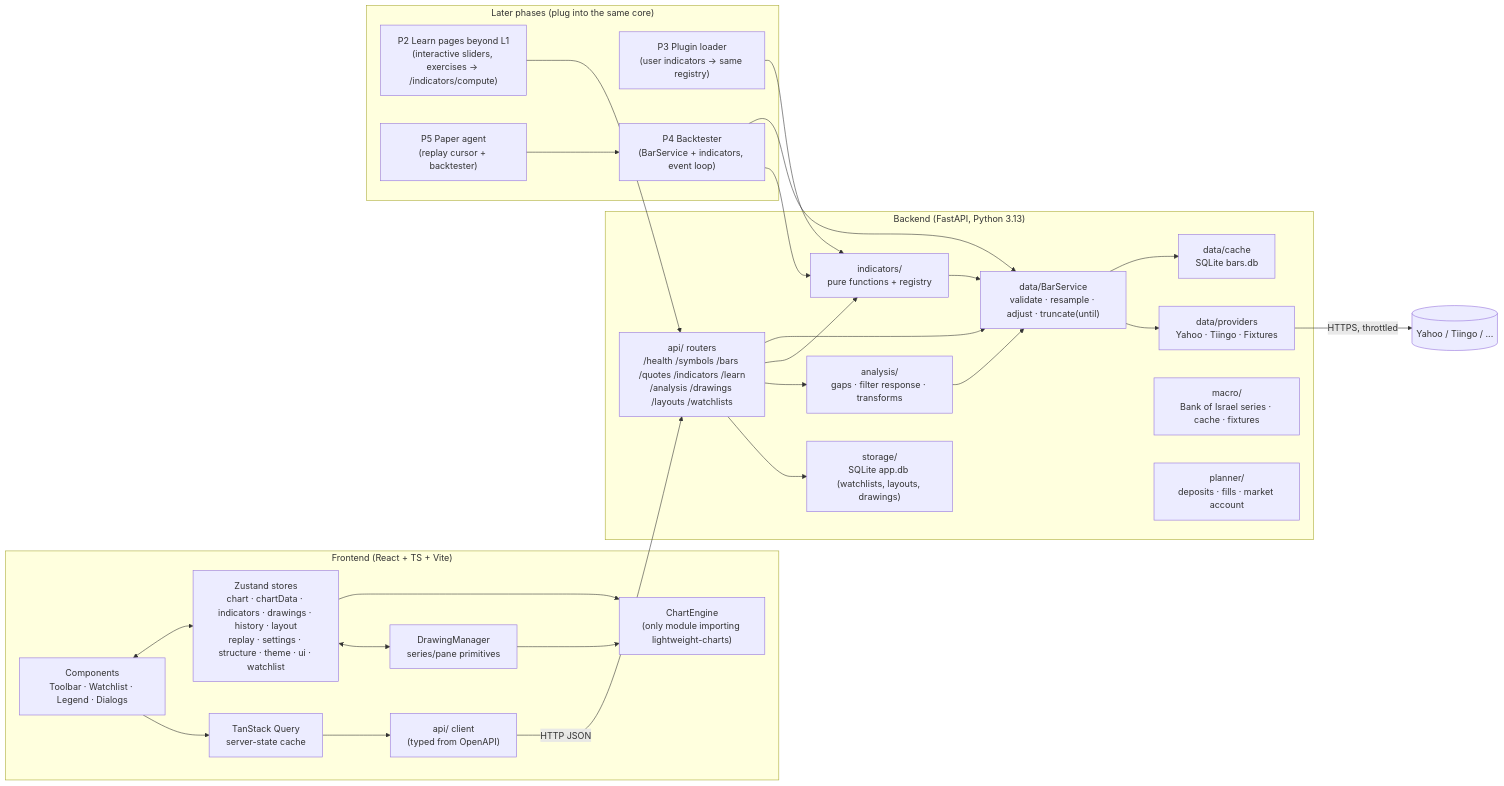
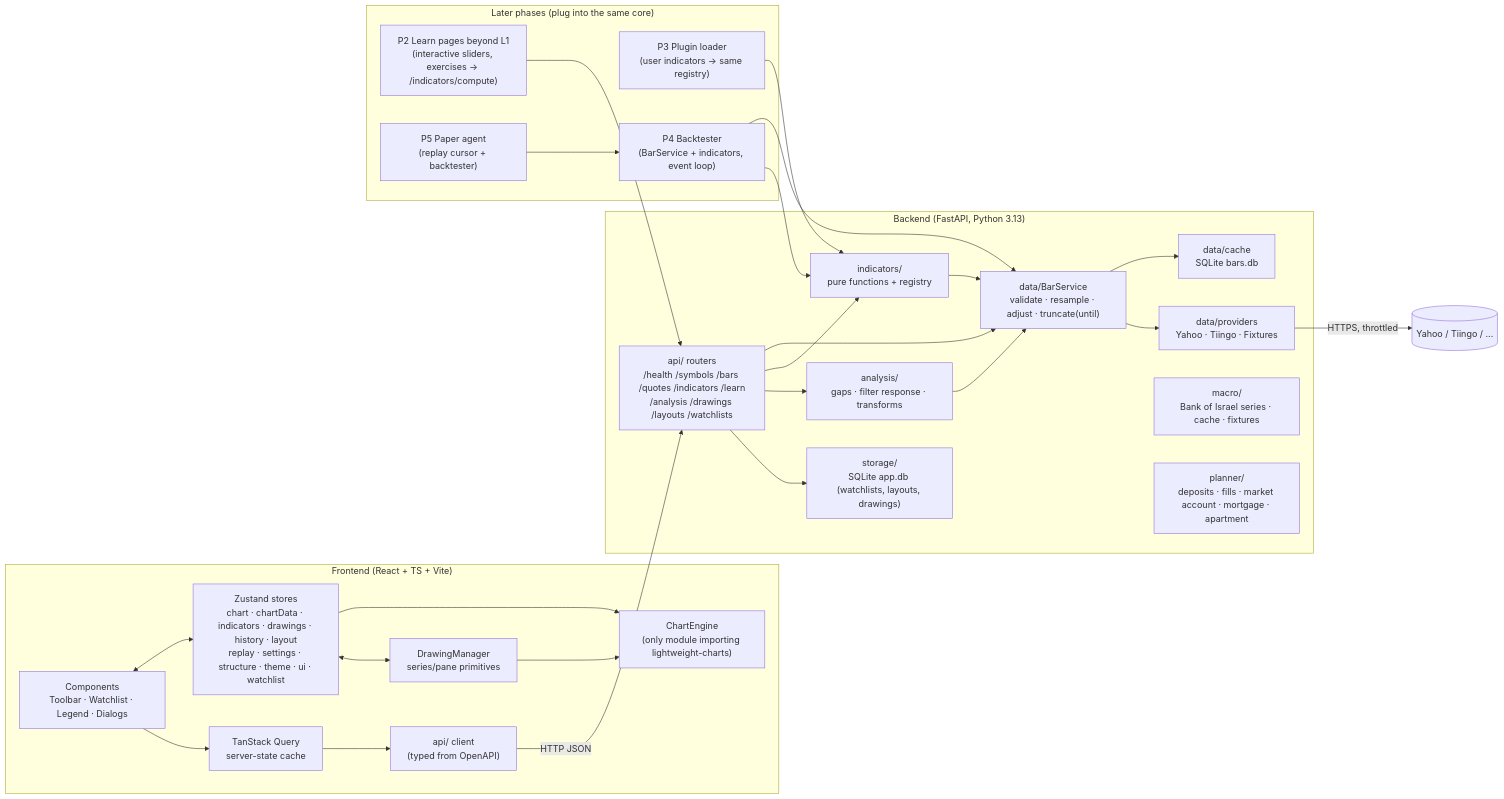
One commit to tamirgabgab/trade-nig-view changed the first of 2 diagrams in docs/ARCHITECTURE.md. Above: the diagram before and after it, drawn with Mermaid. The commit also changed other lines of this file and 5 other files, not shown here.

First line of the commit message:
docs(planner): ADR 0020, the apartment API, and tax tables from the Tax Authority's directive 1/2026

````diff
--- a/docs/ARCHITECTURE.md
+++ b/docs/ARCHITECTURE.md
@@ -18,50 +18,50 @@
 ```mermaid
 flowchart LR
   subgraph Browser["Frontend (React + TS + Vite)"]
     UI["Components<br/>Toolbar · Watchlist · Legend · Dialogs"]
     Store["Zustand stores<br/>chart · chartData · indicators · drawings · history · layout<br/>replay · settings · structure · theme · ui · watchlist"]
     Query["TanStack Query<br/>server-state cache"]
     Engine["ChartEngine<br/>(only module importing lightweight-charts)"]
     Draw["DrawingManager<br/>series/pane primitives"]
     API["api/ client<br/>(typed from OpenAPI)"]
     UI <--> Store
     UI --> Query --> API
     Store --> Engine
     Draw --> Engine
     Store <--> Draw
   end
 
   subgraph Backend["Backend (FastAPI, Python 3.13)"]
     Routes["api/ routers<br/>/health /symbols /bars /quotes /indicators /learn<br/>/analysis /drawings /layouts /watchlists"]
     BarSvc["data/BarService<br/>validate · resample · adjust · truncate(until)"]
     Cache["data/cache<br/>SQLite bars.db"]
     Prov["data/providers<br/>Yahoo · Tiingo · Fixtures"]
     Macro["macro/<br/>Bank of Israel series · cache · fixtures"]
-    Plan["planner/<br/>deposits · fills · market account"]
+    Plan["planner/<br/>deposits · fills · market account · mortgage · apartment"]
     Ind["indicators/<br/>pure functions + registry"]
     Ana["analysis/<br/>gaps · filter response · transforms"]
     Store2["storage/<br/>SQLite app.db (watchlists, layouts, drawings)"]
     Routes --> BarSvc --> Cache
     BarSvc --> Prov
     Routes --> Ind
     Routes --> Ana
     Ind --> BarSvc
     Ana --> BarSvc
     Routes --> Store2
   end
 
   subgraph Future["Later phases (plug into the same core)"]
     Learn["P2 Learn pages beyond L1<br/>(interactive sliders, exercises → /indicators/compute)"]
     Plug["P3 Plugin loader<br/>(user indicators → same registry)"]
     BT["P4 Backtester<br/>(BarService + indicators, event loop)"]
     Agent["P5 Paper agent<br/>(replay cursor + backtester)"]
   end
 
   API -->|HTTP JSON| Routes
   Prov -->|HTTPS, throttled| Internet[(Yahoo / Tiingo / ...)]
   Learn --> Routes
   Plug --> Ind
   BT --> BarSvc
   BT --> Ind
   Agent --> BT
 ```
````
